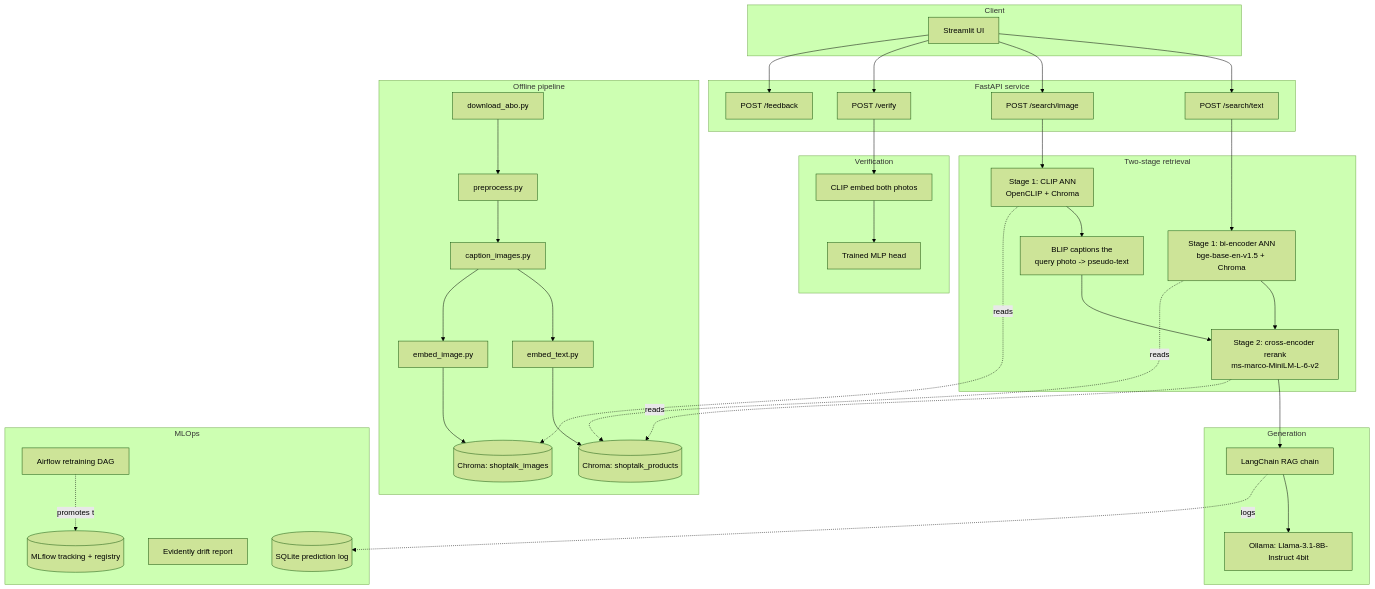
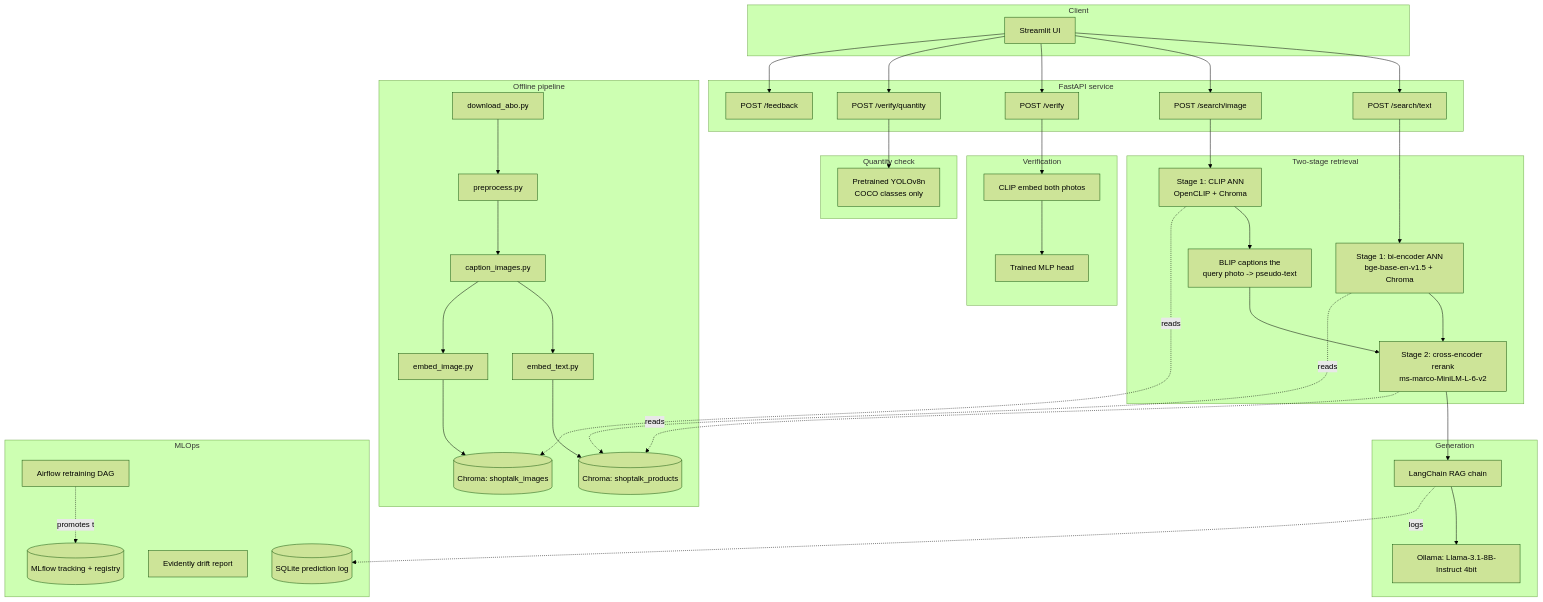
One commit to Krishhs89/shoptalk-x changed the diagram in docs/TECHNICAL_ARCHITECTURE.md. Above: the diagram before and after it, drawn with Mermaid (forest theme). The commit also changed 16 other files, not shown here.

````diff
--- a/docs/TECHNICAL_ARCHITECTURE.md
+++ b/docs/TECHNICAL_ARCHITECTURE.md
@@ -7,54 +7,60 @@
 ```mermaid
 flowchart TD
     subgraph Client
         UI[Streamlit UI]
     end
 
     subgraph API[FastAPI service]
         TXT[POST /search/text]
         IMG[POST /search/image]
         VER[POST /verify]
+        QTY[POST /verify/quantity]
         FB[POST /feedback]
     end
 
     subgraph Retrieval[Two-stage retrieval]
         S1T[Stage 1: bi-encoder ANN<br/>bge-base-en-v1.5 + Chroma]
         S1I[Stage 1: CLIP ANN<br/>OpenCLIP + Chroma]
         RR[Stage 2: cross-encoder rerank<br/>ms-marco-MiniLM-L-6-v2]
         BLIP2[BLIP captions the<br/>query photo -> pseudo-text]
     end
 
     subgraph Gen[Generation]
         RAG[LangChain RAG chain]
         LLM[Ollama: Llama-3.1-8B-Instruct 4bit]
     end
 
     subgraph Verify[Verification]
         CLIPV[CLIP embed both photos]
         MLP[Trained MLP head]
     end
 
+    subgraph Count[Quantity check]
+        YOLO[Pretrained YOLOv8n<br/>COCO classes only]
+    end
+
     subgraph Data[Offline pipeline]
         DL[download_abo.py] --> PP[preprocess.py] --> CAP[caption_images.py]
         CAP --> ET[embed_text.py] --> CHROMA1[(Chroma: shoptalk_products)]
         CAP --> EI[embed_image.py] --> CHROMA2[(Chroma: shoptalk_images)]
     end
 
-    UI --> TXT & IMG & VER & FB
+    UI --> TXT & IMG & VER & QTY & FB
     TXT --> S1T --> RR --> RAG --> LLM
     IMG --> S1I --> BLIP2 --> RR
     VER --> CLIPV --> MLP
+    QTY --> YOLO
     RR -.reads.-> CHROMA1
     S1T -.reads.-> CHROMA1
     S1I -.reads.-> CHROMA2
 
     subgraph Ops[MLOps]
         MLF[(MLflow tracking + registry)]
         AF[Airflow retraining DAG]
         EV[Evidently drift report]
         LOG[(SQLite prediction log)]
     end
 
     RAG -.logs.-> LOG
     AF -.promotes to.-> MLF
 ```
````
